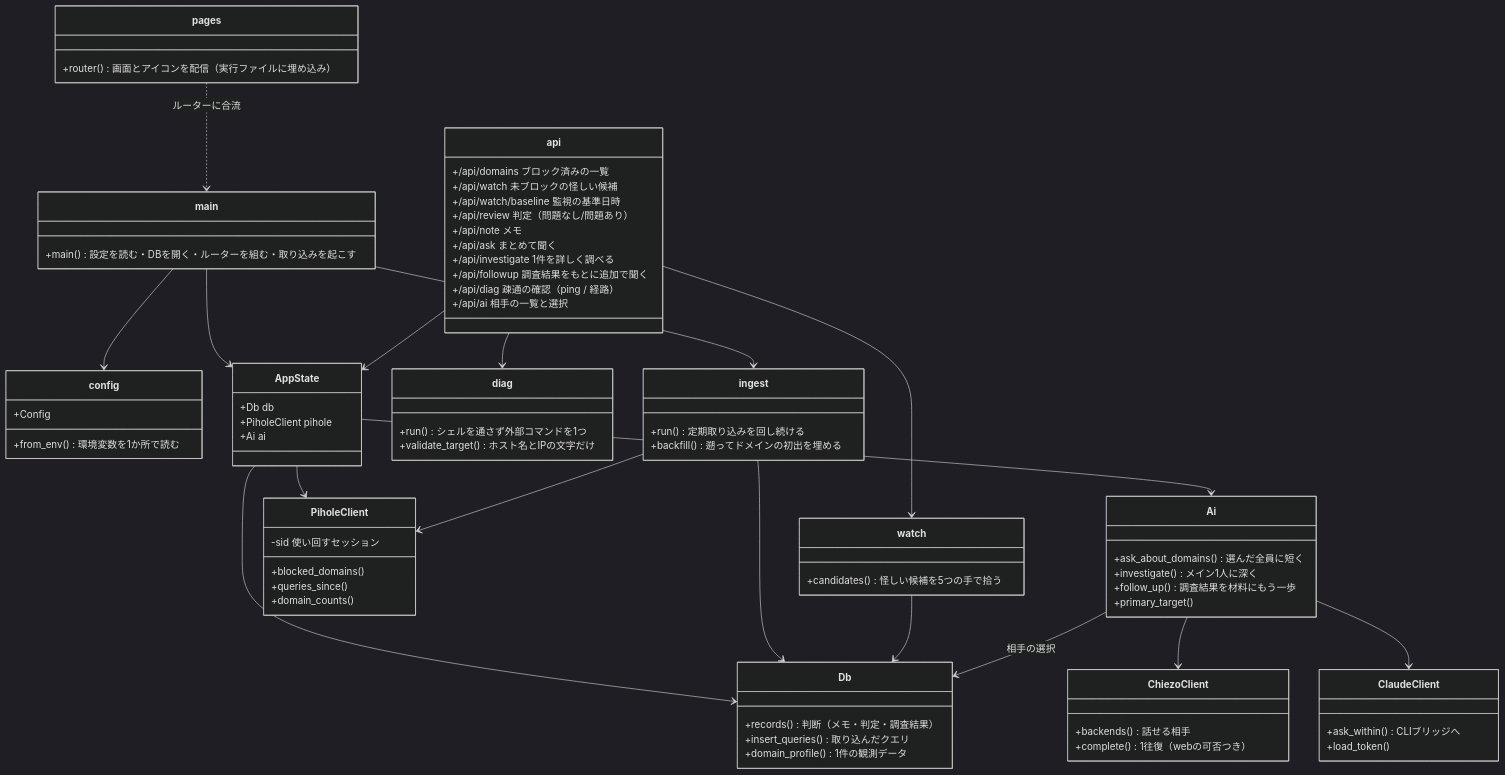
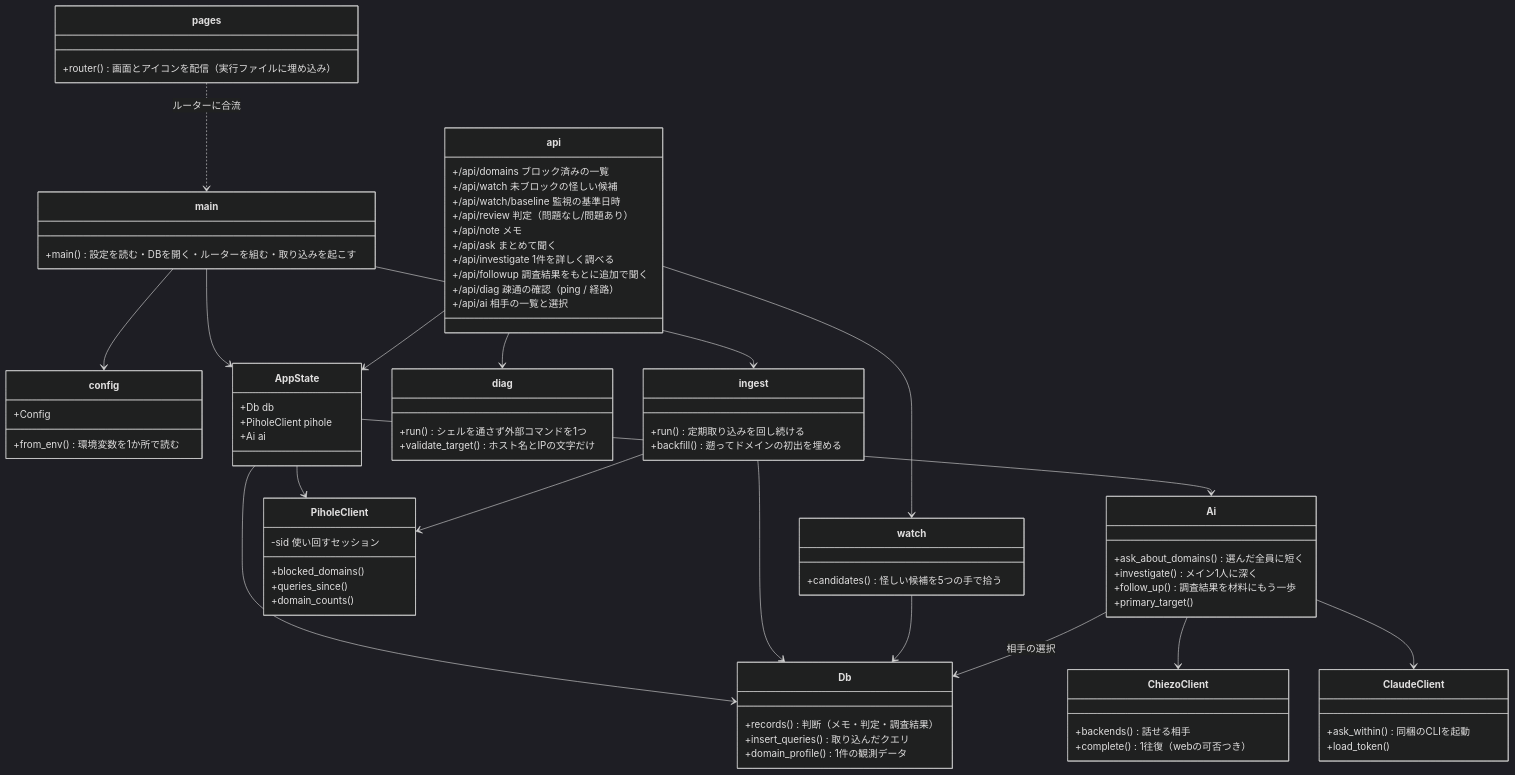
One commit to rtcode337/pihole-monitor changed the first of 6 diagrams in docs/architecture.md. Above: the diagram before and after it, drawn with Mermaid (dark theme). The commit also changed 13 other files, not shown here.

```diff
--- a/docs/architecture.md
+++ b/docs/architecture.md
@@ -67,7 +67,7 @@
         +complete() 1往復（webの可否つき）
     }
     class ClaudeClient {
-        +ask_within() CLIブリッジへ
+        +ask_within() 同梱のCLIを起動
         +load_token()
     }
 
```
